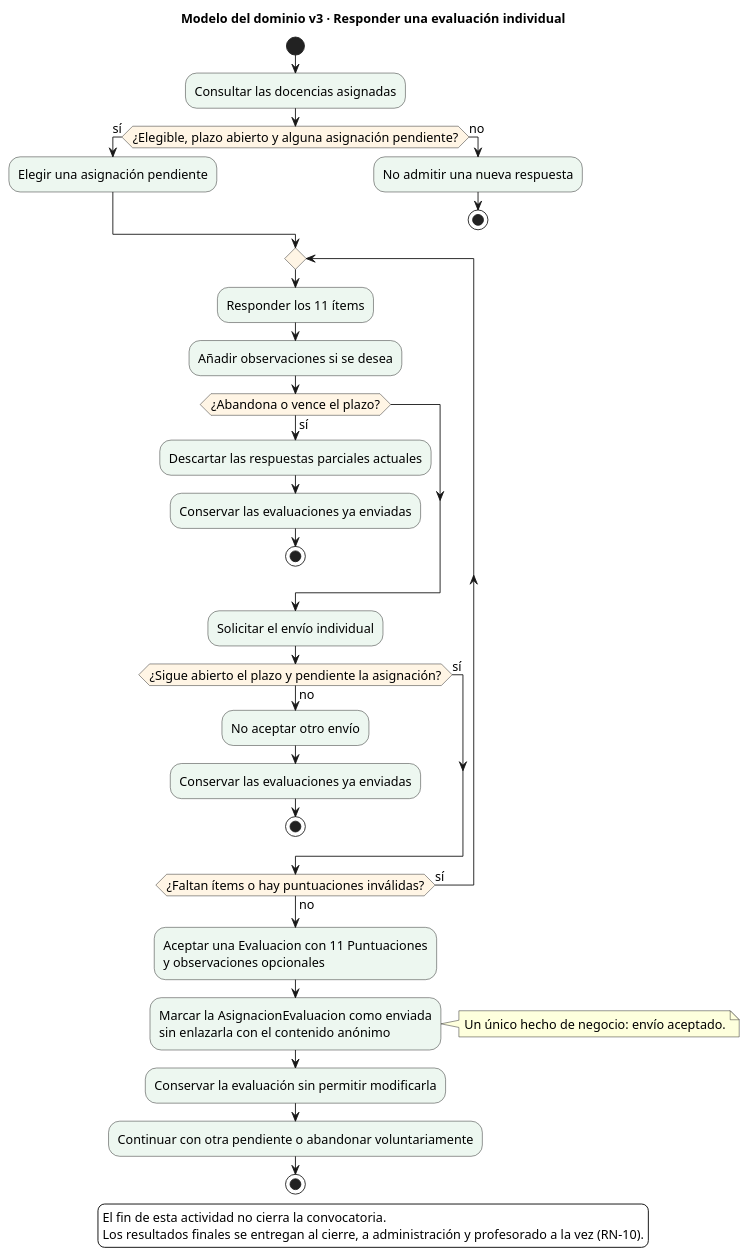
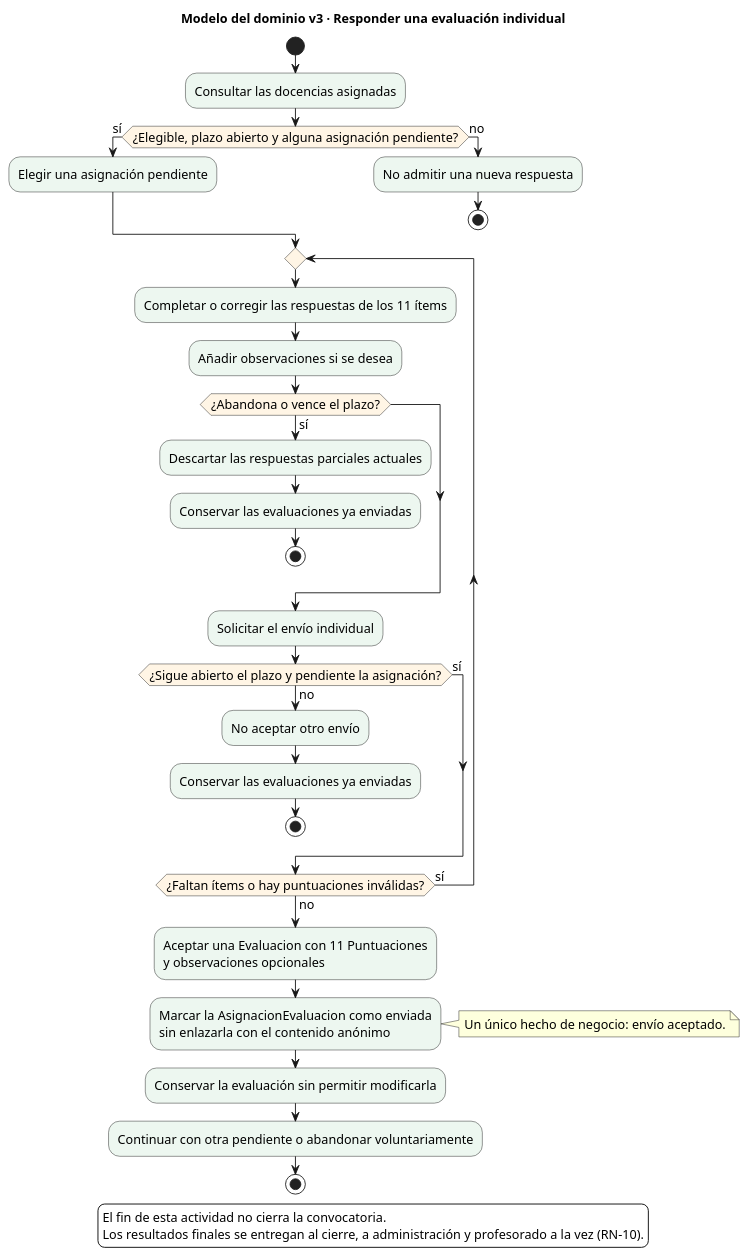
Before and after one commit to Raultascon/26-27-IdSw1-SDR: the diagram in documentos/modelos/diagramas/actividad/actividad.puml, drawn with PlantUML. The commit also changed 5 other files, not shown here.

```diff
--- a/documentos/modelos/diagramas/actividad/actividad.puml
+++ b/documentos/modelos/diagramas/actividad/actividad.puml
@@ -1,49 +1,49 @@
 @startuml
 title Modelo del dominio v3 · Responder una evaluación individual
 skinparam backgroundColor white
 skinparam shadowing false
 skinparam defaultFontName SansSerif
 skinparam defaultFontSize 14
 skinparam activityBackgroundColor #EDF7F0
 skinparam activityDiamondBackgroundColor #FFF5E5
 
 start
 :Consultar las docencias asignadas;
 if (¿Elegible, plazo abierto y alguna asignación pendiente?) then (sí)
   :Elegir una asignación pendiente;
 else (no)
   :No admitir una nueva respuesta;
   stop
 endif
 
 repeat
-  :Responder los 11 ítems;
+  :Completar o corregir las respuestas de los 11 ítems;
   :Añadir observaciones si se desea;
   if (¿Abandona o vence el plazo?) then (sí)
     :Descartar las respuestas parciales actuales;
     :Conservar las evaluaciones ya enviadas;
     stop
   endif
   :Solicitar el envío individual;
   if (¿Sigue abierto el plazo y pendiente la asignación?) then (sí)
   else (no)
     :No aceptar otro envío;
     :Conservar las evaluaciones ya enviadas;
     stop
   endif
 repeat while (¿Faltan ítems o hay puntuaciones inválidas?) is (sí) not (no)
 
 :Aceptar una Evaluacion con 11 Puntuaciones\ny observaciones opcionales;
 :Marcar la AsignacionEvaluacion como enviada\nsin enlazarla con el contenido anónimo;
 note right
   Un único hecho de negocio: envío aceptado.
 end note
 :Conservar la evaluación sin permitir modificarla;
 :Continuar con otra pendiente o abandonar voluntariamente;
 stop
 
 legend bottom
   El fin de esta actividad no cierra la convocatoria.
   Los resultados finales se entregan al cierre, a administración y profesorado a la vez (RN-10).
 endlegend
 @enduml
```
